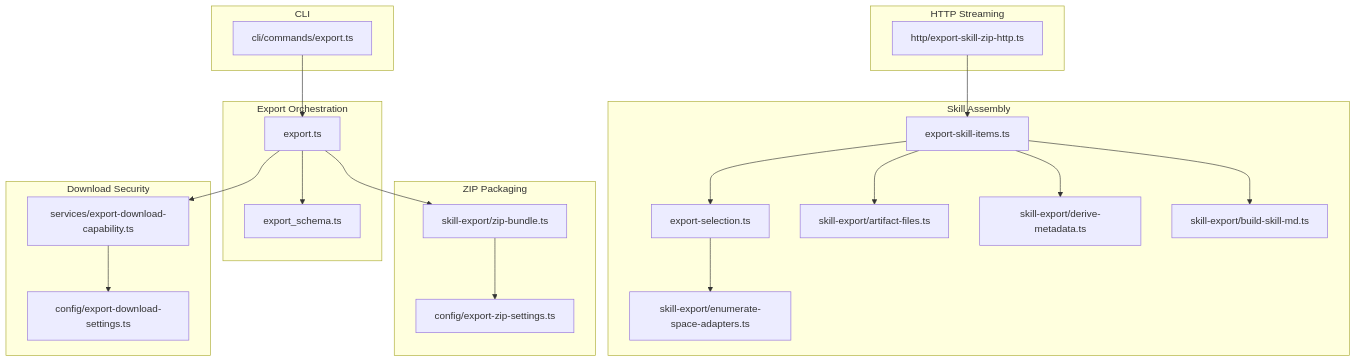
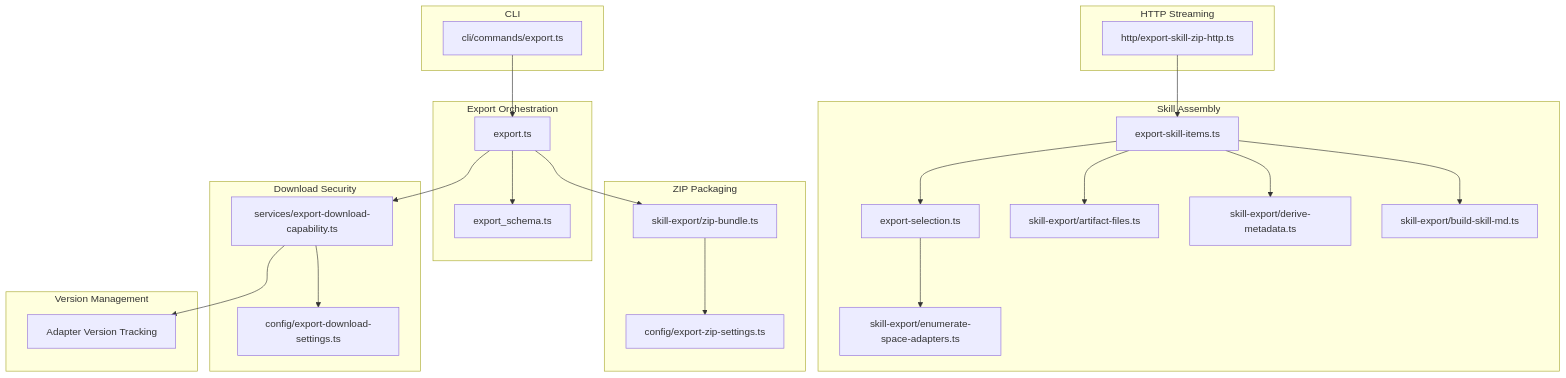
Before and after one commit to debian777/kairos-mcp: the first of 10 diagrams in .qoder/repowiki/en/content/MCP Protocol Tools/Export Tool.md, drawn with Mermaid. The commit also changed other lines of this file and 16 other files, not shown here.

````diff
--- a/.qoder/repowiki/en/content/MCP Protocol Tools/Export Tool.md
+++ b/.qoder/repowiki/en/content/MCP Protocol Tools/Export Tool.md
@@ -47,41 +62,45 @@
 ```mermaid
 graph TB
 subgraph "Export Orchestration"
 E["export.ts"]
 S["export_schema.ts"]
 end
 subgraph "CLI"
 C["cli/commands/export.ts"]
 end
 subgraph "HTTP Streaming"
 H["http/export-skill-zip-http.ts"]
 end
 subgraph "ZIP Packaging"
 ZB["skill-export/zip-bundle.ts"]
 ZC["config/export-zip-settings.ts"]
 end
 subgraph "Skill Assembly"
 SI["export-skill-items.ts"]
 SEL["export-selection.ts"]
 AF["skill-export/artifact-files.ts"]
 DM["skill-export/derive-metadata.ts"]
 BM["skill-export/build-skill-md.ts"]
 ESA["skill-export/enumerate-space-adapters.ts"]
 end
 subgraph "Download Security"
 DC["services/export-download-capability.ts"]
 DCS["config/export-download-settings.ts"]
 end
+subgraph "Version Management"
+AV["Adapter Version Tracking"]
+end
 E --> S
 C --> E
 H --> SI
 SI --> AF
 SI --> DM
 SI --> BM
 SI --> SEL
 SEL --> ESA
 E --> ZB
 ZB --> ZC
 E --> DC
 DC --> DCS
+DC --> AV
 ```
````
